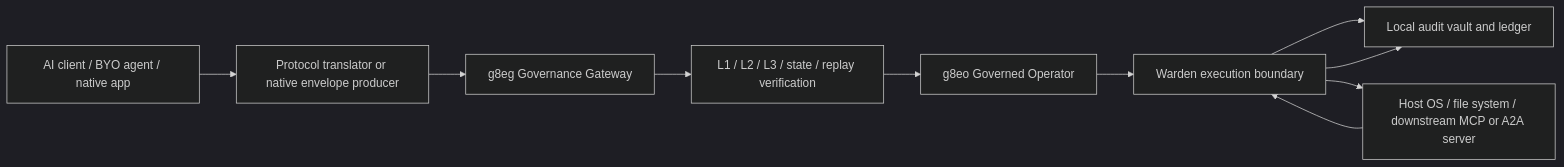
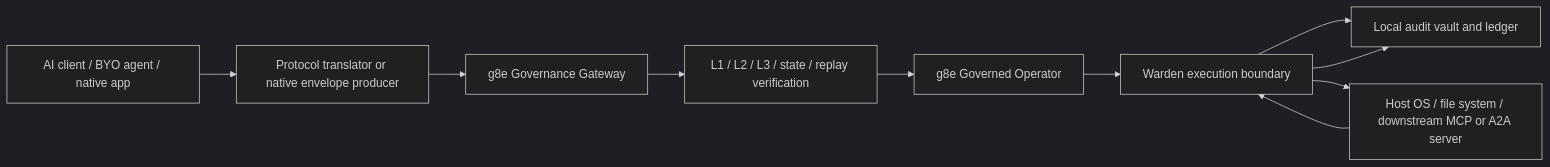
Before and after one commit to g8e-ai/g8e: the second of 4 diagrams in README.md, drawn with Mermaid (dark theme). The commit also changed other lines of this file and 71 other files, not shown here.

````diff
--- a/README.md
+++ b/README.md
@@ -67,21 +91,21 @@
 ```mermaid
 flowchart LR
     Client["AI client / BYO agent / native app"]
     Ingress["Protocol translator or native envelope producer"]
-    Gateway["g8eg Governance Gateway"]
+    Gateway["g8e Governance Gateway"]
     Verify["L1 / L2 / L3 / state / replay verification"]
-    Operator["g8eo Governed Operator"]
+    Operator["g8e Governed Operator"]
     Warden["Warden execution boundary"]
     Vault["Local audit vault and ledger"]
     Target["Host OS / file system / downstream MCP or A2A server"]
 
     Client --> Ingress
     Ingress --> Gateway
     Gateway --> Verify
     Verify --> Operator
     Operator --> Warden
     Warden --> Vault
     Warden --> Target
     Target --> Warden
     Warden --> Vault
 ```
````
